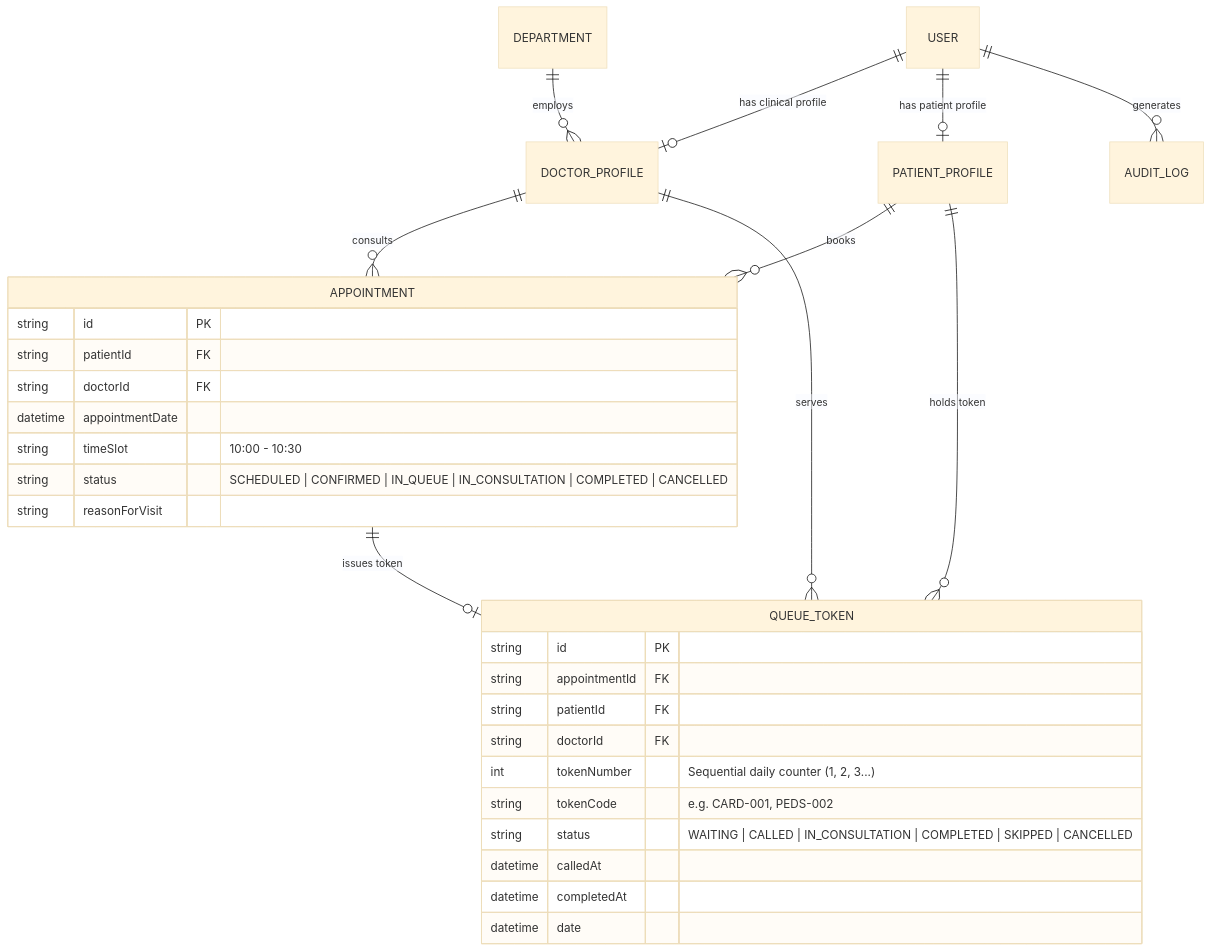
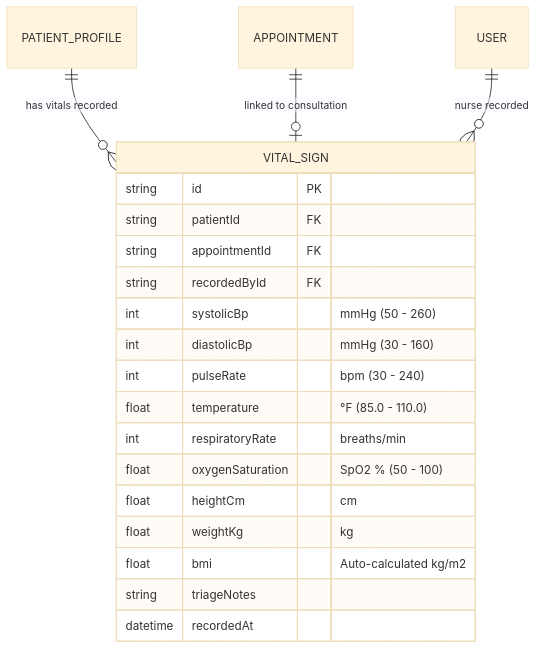
One commit to ansariking51214/Smart-Hospital-management-system changed the diagram in README.md. Above: the diagram before and after it, drawn with Mermaid (base theme). The commit also changed other lines of this file and 11 other files, not shown here.

Commit message:
feat(module2-day4): implement nurse vitals triage desk, auto-BMI computation, NEWS physiological early warning score, and risk alert categorization

````diff
--- a/README.md
+++ b/README.md
@@ -66,35 +65,24 @@
 ```mermaid
 erDiagram
-    USER ||--o| DOCTOR_PROFILE : "has clinical profile"
-    USER ||--o| PATIENT_PROFILE : "has patient profile"
-    USER ||--o{ AUDIT_LOG : "generates"
-    DEPARTMENT ||--o{ DOCTOR_PROFILE : "employs"
-    DOCTOR_PROFILE ||--o{ APPOINTMENT : "consults"
-    PATIENT_PROFILE ||--o{ APPOINTMENT : "books"
-    APPOINTMENT ||--o| QUEUE_TOKEN : "issues token"
-    PATIENT_PROFILE ||--o{ QUEUE_TOKEN : "holds token"
-    DOCTOR_PROFILE ||--o{ QUEUE_TOKEN : "serves"
+    PATIENT_PROFILE ||--o{ VITAL_SIGN : "has vitals recorded"
+    APPOINTMENT ||--o| VITAL_SIGN : "linked to consultation"
+    USER ||--o{ VITAL_SIGN : "nurse recorded"
 
-    QUEUE_TOKEN {
-        string id PK
-        string appointmentId FK
-        string patientId FK
-        string doctorId FK
-        int tokenNumber "Sequential daily counter (1, 2, 3...)"
-        string tokenCode "e.g. CARD-001, PEDS-002"
-        string status "WAITING | CALLED | IN_CONSULTATION | COMPLETED | SKIPPED | CANCELLED"
-        datetime calledAt
-        datetime completedAt
-        datetime date
-    }
-
-    APPOINTMENT {
+    VITAL_SIGN {
         string id PK
         string patientId FK
-        string doctorId FK
-        datetime appointmentDate
-        string timeSlot "10:00 - 10:30"
-        string status "SCHEDULED | CONFIRMED | IN_QUEUE | IN_CONSULTATION | COMPLETED | CANCELLED"
-        string reasonForVisit
+        string appointmentId FK
+        string recordedById FK
+        int systolicBp "mmHg (50 - 260)"
+        int diastolicBp "mmHg (30 - 160)"
+        int pulseRate "bpm (30 - 240)"
+        float temperature "°F (85.0 - 110.0)"
+        int respiratoryRate "breaths/min"
+        float oxygenSaturation "SpO2 % (50 - 100)"
+        float heightCm "cm"
+        float weightKg "kg"
+        float bmi "Auto-calculated kg/m2"
+        string triageNotes
+        datetime recordedAt
     }
 ```
````
